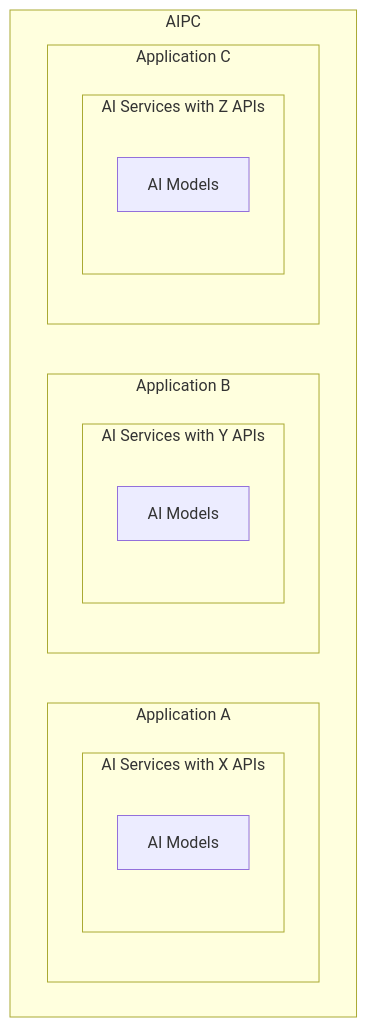
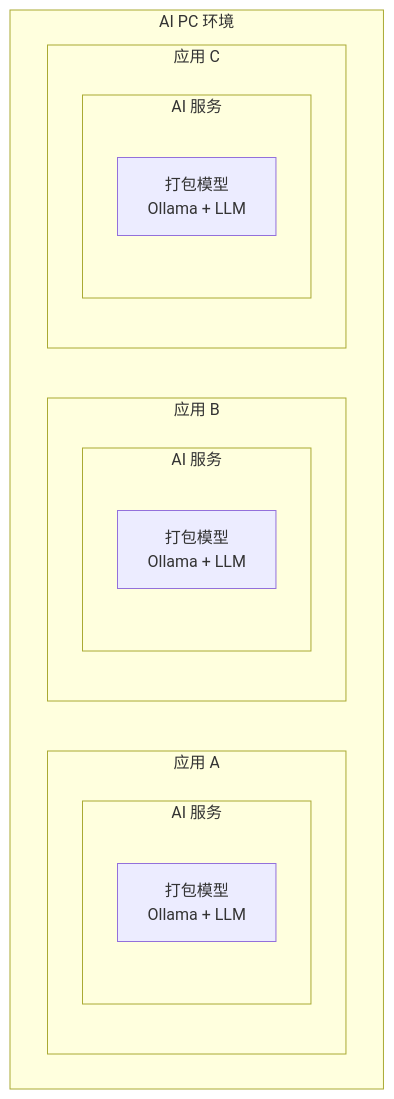
One commit to DigitalChinaOpenSource/oadin-docs changed the first of 6 diagrams in docs/architecture.md. Above: the diagram before and after it, drawn with Mermaid. The commit also changed other lines of this file and 5 other files, not shown here.

````diff
--- a/docs/architecture.md
+++ b/docs/architecture.md
@@ -9,20 +26,20 @@
 ```mermaid
 graph TD
-  subgraph AIPC
-    subgraph Application_A ["Application A"]
-      subgraph ServicesA ["AI Services with X APIs"]
-        ModelsA["AI Models"]
+  subgraph AIPC["AI PC 环境"]
+    subgraph App_A["应用 A"]
+      subgraph Services_A["AI 服务"]
+        Models_A["打包模型<br/>Ollama + LLM"]
       end
     end
-    subgraph Application_B ["Application B"]
-      subgraph ServicesB ["AI Services with Y APIs"]
-        ModelsB["AI Models"]
+    subgraph App_B["应用 B"]
+      subgraph Services_B["AI 服务"]
+        Models_B["打包模型<br/>Ollama + LLM"]
       end
     end
-    subgraph Application_C ["Application C"]
-      subgraph ServicesC ["AI Services with Z APIs"]
-        ModelsC["AI Models"]
+    subgraph App_C["应用 C"]
+      subgraph Services_C["AI 服务"]
+        Models_C["打包模型<br/>Ollama + LLM"]
       end
     end
   end
 ```
````
